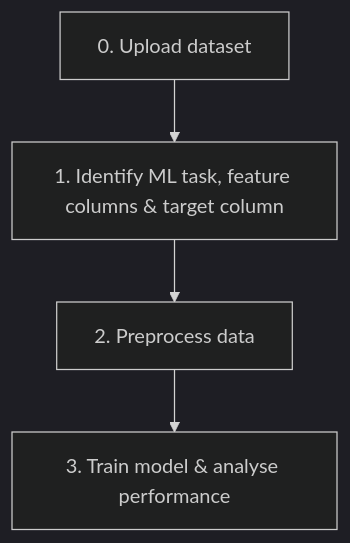
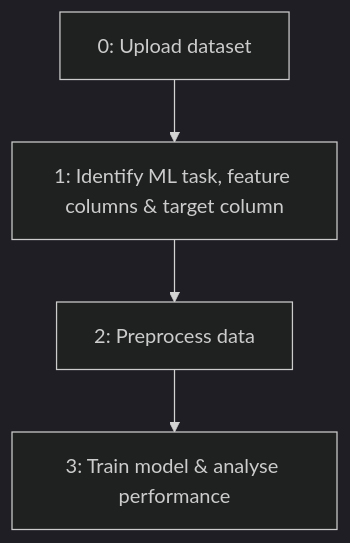
The diagram in README.md (Cutwell/zero-step-ml), drawn with Mermaid (dark theme) before and after one commit.

Commit message:
Fix mermaid syntax

````diff
--- a/README.md
+++ b/README.md
@@ -14,7 +14,7 @@
 ```mermaid
 flowchart TD
-    A[0. Upload dataset]
-    A --> B[1. Identify ML task, feature columns & target column]
-    B --> C[2. Preprocess data]
-    C --> D[3. Train model & analyse performance]
+    A[0: Upload dataset]
+    A --> B[1: Identify ML task, feature columns & target column]
+    B --> C[2: Preprocess data]
+    C --> D[3: Train model & analyse performance]
 ```
````
